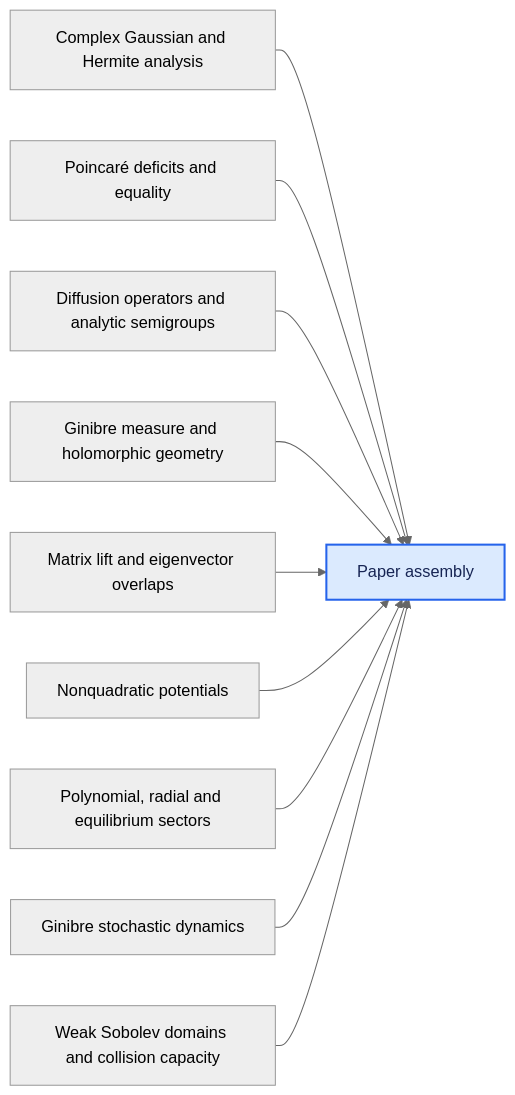
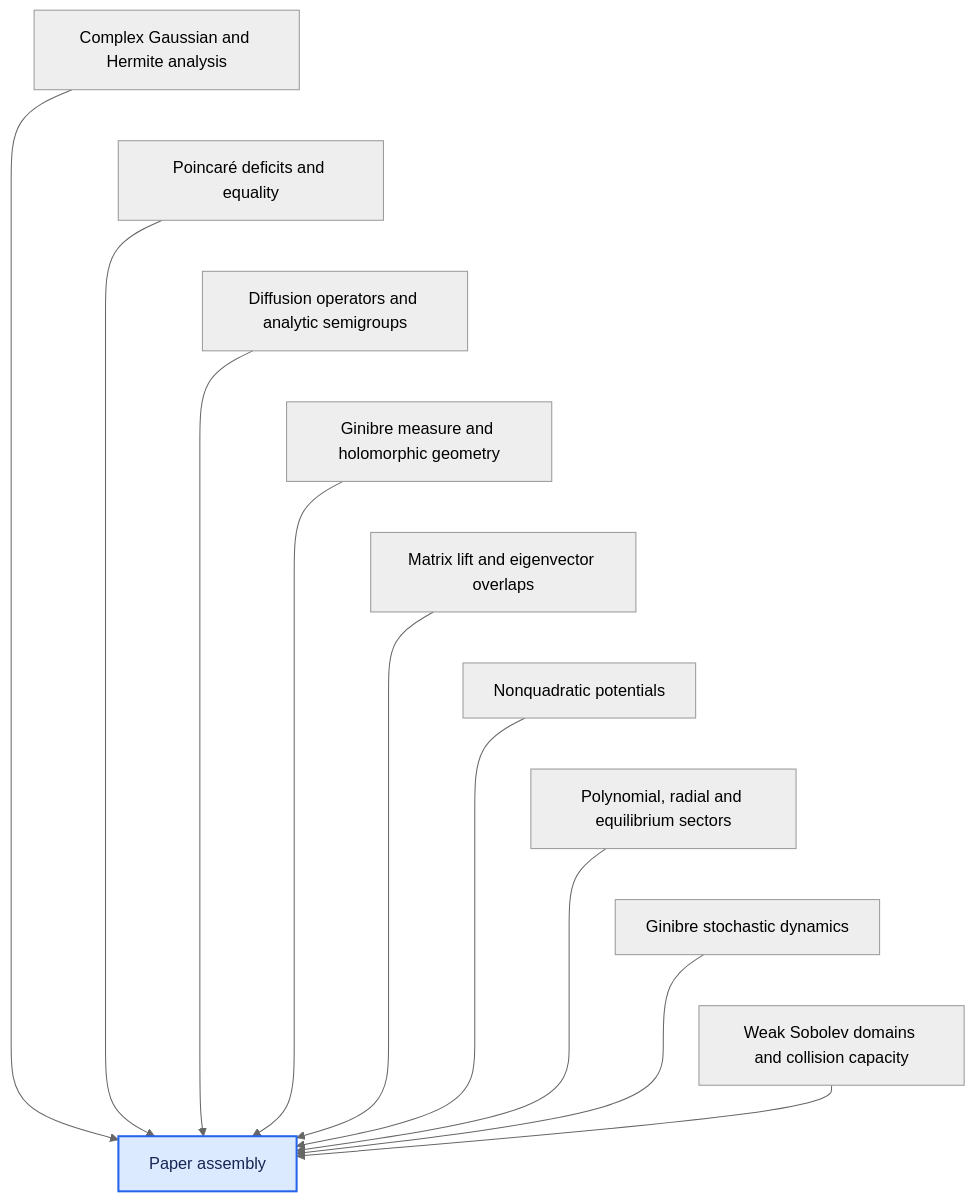
One commit to djalilchafai/ginibre-poincare changed diagram 12 of 12 in DEPENDENCIES.md. Above: the diagram before and after it, drawn with Mermaid (neutral theme). The commit also changed other lines of this file and 44 other files, not shown here.

Commit message:
Make dependency diagrams vertical and add GitHub Pages deployment

````diff
--- a/DEPENDENCIES.md
+++ b/DEPENDENCIES.md
@@ -272,14 +328,22 @@
 ```mermaid
-flowchart LR
+flowchart TB
   ComplexGaussianHermite["Complex Gaussian and Hermite analysis"] --> Endgame["Paper assembly"]
   DeficitsEquality["Poincaré deficits and equality"] --> Endgame["Paper assembly"]
   GeneratorSemigroup["Diffusion operators and analytic semigroups"] --> Endgame["Paper assembly"]
   GinibreMeasureGeometry["Ginibre measure and holomorphic geometry"] --> Endgame["Paper assembly"]
   MatrixLift["Matrix lift and eigenvector overlaps"] --> Endgame["Paper assembly"]
   NonQuadratic["Nonquadratic potentials"] --> Endgame["Paper assembly"]
   PolynomialRadial["Polynomial, radial and equilibrium sectors"] --> Endgame["Paper assembly"]
   StochasticDynamics["Ginibre stochastic dynamics"] --> Endgame["Paper assembly"]
   WeakSobolev["Weak Sobolev domains and collision capacity"] --> Endgame["Paper assembly"]
+  ComplexGaussianHermite ~~~ DeficitsEquality
+  DeficitsEquality ~~~ GeneratorSemigroup
+  GeneratorSemigroup ~~~ GinibreMeasureGeometry
+  GinibreMeasureGeometry ~~~ MatrixLift
+  MatrixLift ~~~ NonQuadratic
+  NonQuadratic ~~~ PolynomialRadial
+  PolynomialRadial ~~~ StochasticDynamics
+  StochasticDynamics ~~~ WeakSobolev
   classDef target fill:#dbeafe,stroke:#2563eb,stroke-width:2px,color:#172554;
   class Endgame target;
 ```
````
